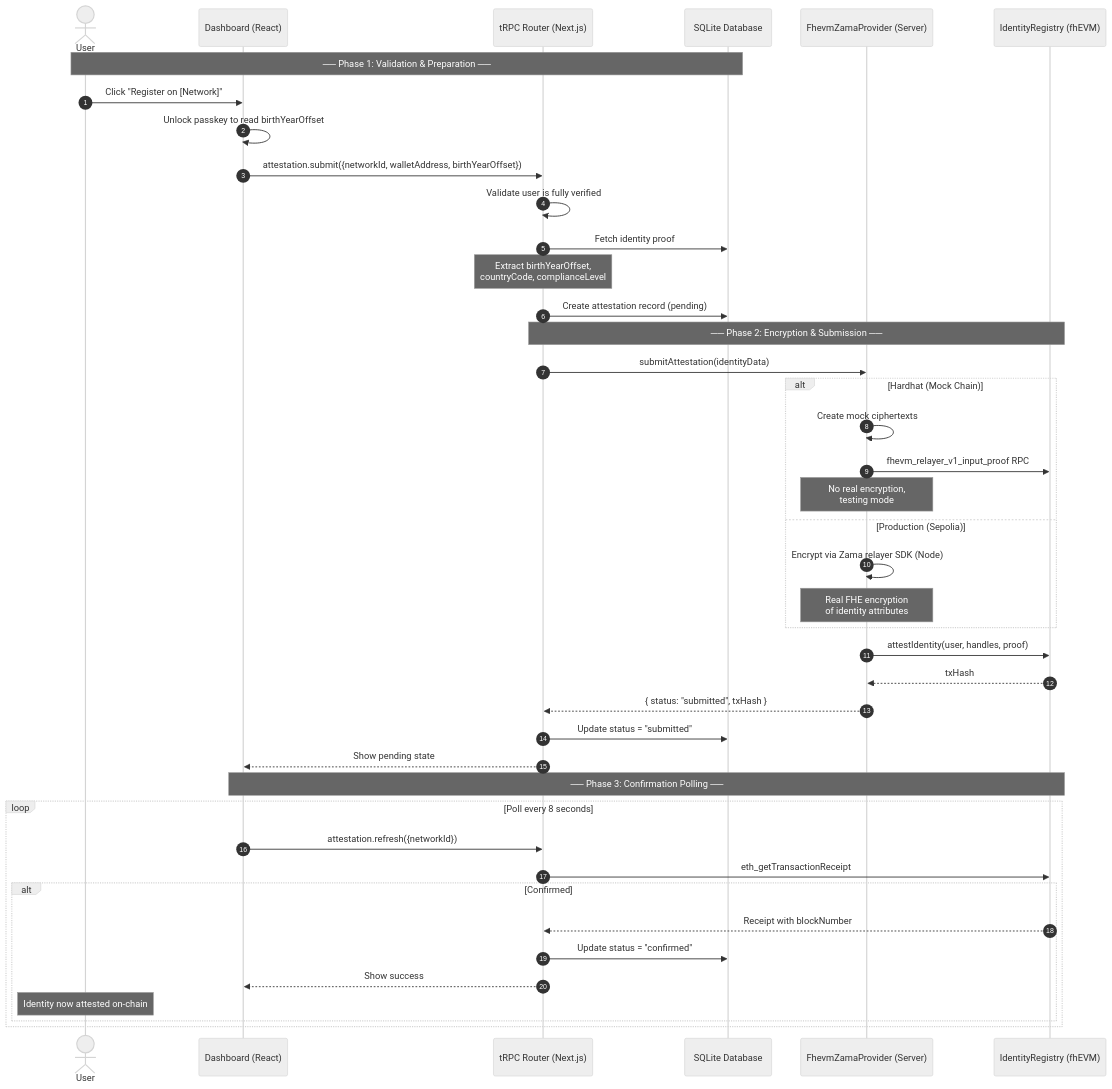
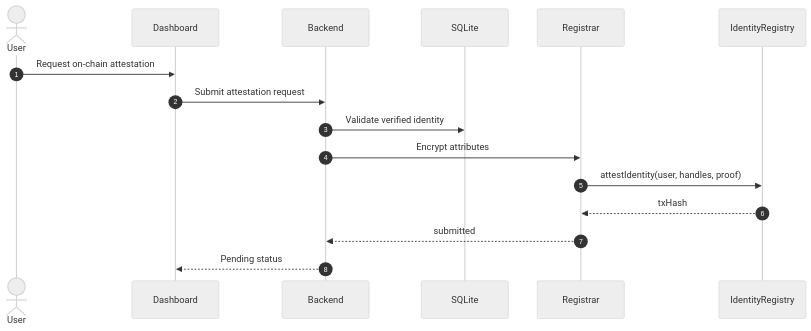
One commit to gustavovalverde/zentity changed the ninth of 9 diagrams in docs/web3-architecture.md. Above: the diagram before and after it, drawn with Mermaid (neutral theme). The commit also changed other lines of this file and 19 other files, not shown here.

First line of the commit message:
docs: overhaul architecture docs and navigation

````diff
--- a/docs/web3-architecture.md
+++ b/docs/web3-architecture.md
@@ -632,49 +362,19 @@
 ```mermaid
 sequenceDiagram
-    autonumber
-    actor User
-    participant UI as Dashboard (React)
-    participant API as tRPC Router (Next.js)
-    participant DB as SQLite Database
-    participant P as FhevmZamaProvider (Server)
-    participant BC as IdentityRegistry (fhEVM)
+  autonumber
+  actor User
+  participant UI as Dashboard
+  participant API as Backend
+  participant DB as SQLite
+  participant REG as Registrar
+  participant BC as IdentityRegistry
 
-    Note over User,DB: ── Phase 1: Validation & Preparation ──
-    User->>UI: Click "Register on [Network]"
-    UI->>UI: Unlock passkey to read birthYearOffset
-    UI->>API: attestation.submit({networkId, walletAddress, birthYearOffset})
-    API->>API: Validate user is fully verified
-    API->>DB: Fetch identity proof
-    Note over API: Extract birthYearOffset,<br/>countryCode, complianceLevel
-    API->>DB: Create attestation record (pending)
-
-    Note over API,BC: ── Phase 2: Encryption & Submission ──
-    API->>P: submitAttestation(identityData)
-
-    alt Hardhat (Mock Chain)
-        P->>P: Create mock ciphertexts
-        P->>BC: fhevm_relayer_v1_input_proof RPC
-        Note over P: No real encryption,<br/>testing mode
-    else Production (Sepolia)
-        P->>P: Encrypt via Zama relayer SDK (Node)
-        Note over P: Real FHE encryption<br/>of identity attributes
-    end
-
-    P->>BC: attestIdentity(user, handles, proof)
-    BC-->>P: txHash
-    P-->>API: { status: "submitted", txHash }
-    API->>DB: Update status = "submitted"
-    API-->>UI: Show pending state
-
-    Note over UI,BC: ── Phase 3: Confirmation Polling ──
-    loop Poll every 8 seconds
-        UI->>API: attestation.refresh({networkId})
-        API->>BC: eth_getTransactionReceipt
-        alt Confirmed
-            BC-->>API: Receipt with blockNumber
-            API->>DB: Update status = "confirmed"
-            API-->>UI: Show success
-            Note over User: Identity now attested on-chain
-        end
-    end
+  User->>UI: Request on-chain attestation
+  UI->>API: Submit attestation request
+  API->>DB: Validate verified identity
+  API->>REG: Encrypt attributes
+  REG->>BC: attestIdentity(user, handles, proof)
+  BC-->>REG: txHash
+  REG-->>API: submitted
+  API-->>UI: Pending status
 ```
````
